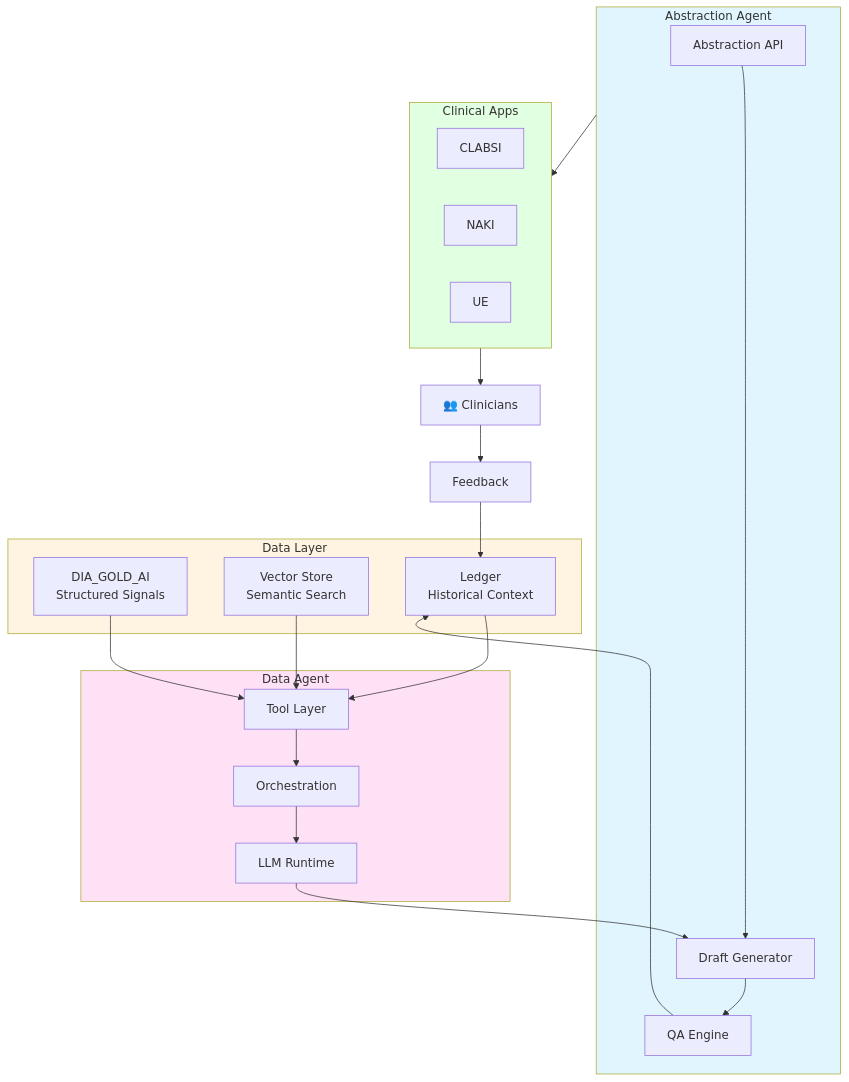
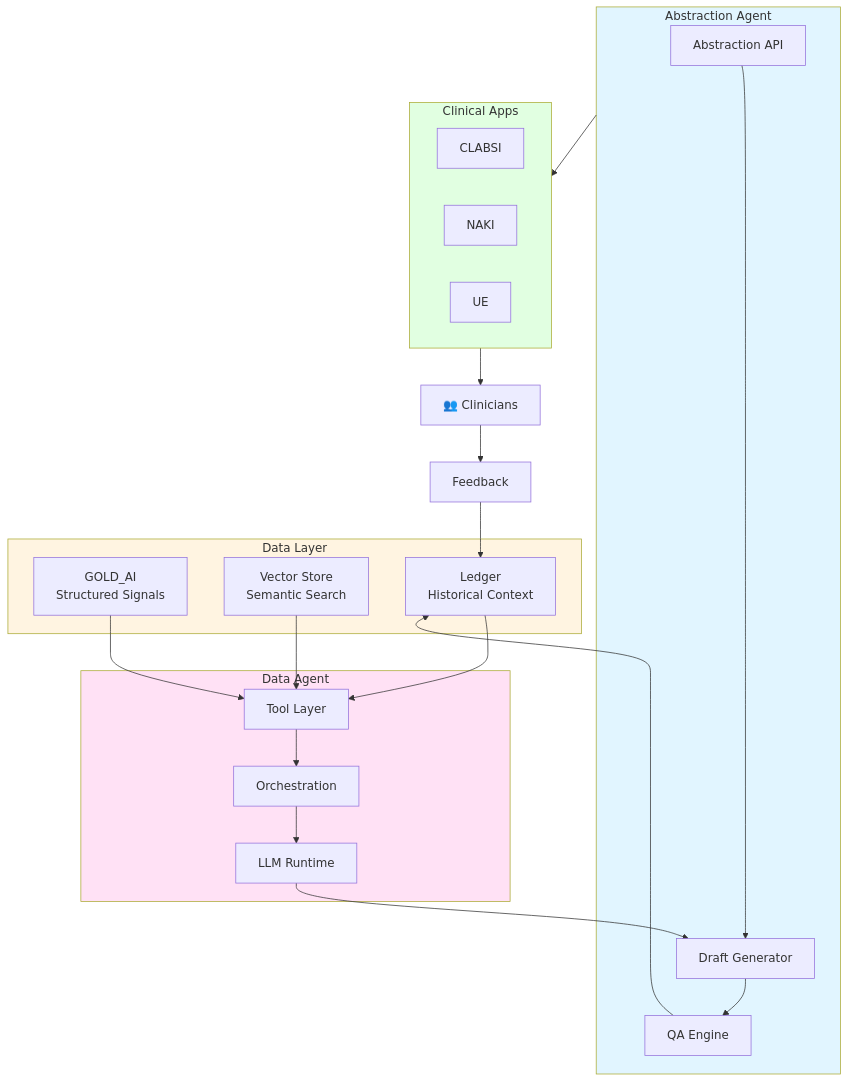
The fourth of 4 diagrams in README.md (reachosen/Model-Forward-Clinical-Abstraction-Platform), drawn with Mermaid before and after one commit. The commit also changed other lines of this file, not shown here.

First line of the commit message:
Remove DIA prefix from database layers for generic naming

````diff
--- a/README.md
+++ b/README.md
@@ -167,49 +167,49 @@
 ```mermaid
 flowchart TD
     subgraph Data["Data Layer"]
-        GoldAI[DIA_GOLD_AI<br/>Structured Signals]
+        GoldAI[GOLD_AI<br/>Structured Signals]
         Vector[Vector Store<br/>Semantic Search]
         Ledger[Ledger<br/>Historical Context]
     end
 
     subgraph DataAgent["Data Agent"]
         Tools[Tool Layer]
         Planner[Orchestration]
         LLM[LLM Runtime]
 
         Tools --> Planner
         Planner --> LLM
     end
 
     subgraph AbstractionAgent["Abstraction Agent"]
         API[Abstraction API]
         Reasoner[Draft Generator]
         QA[QA Engine]
 
         API --> Reasoner
         Reasoner --> QA
     end
 
     subgraph Apps["Clinical Apps"]
         CLABSI[CLABSI]
         NAKI[NAKI]
         UE[UE]
     end
 
     GoldAI --> Tools
     Vector --> Tools
     Ledger --> Tools
 
     LLM --> Reasoner
     QA --> Ledger
 
     AbstractionAgent --> Apps
     Apps --> Clinicians[👥 Clinicians]
     Clinicians --> Feedback[Feedback]
     Feedback --> Ledger
 
     style Data fill:#fff4e1
     style DataAgent fill:#ffe1f5
     style AbstractionAgent fill:#e1f5ff
     style Apps fill:#e1ffe1
 ```
````
